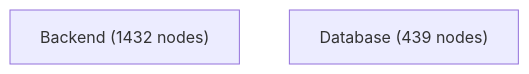
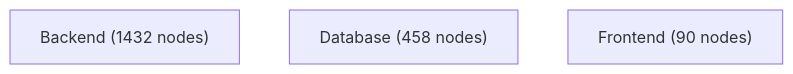
Before and after one commit to jankneumann/agentic-coding-tools: the diagram in docs/architecture-analysis/views/containers.mmd, drawn with Mermaid. The commit also changed 14 other files, not shown here.

First line of the commit message:
chore(architecture): regenerate artifacts at 5422c97e

```diff
--- a/docs/architecture-analysis/views/containers.mmd
+++ b/docs/architecture-analysis/views/containers.mmd
@@ -1,3 +1,4 @@
 flowchart TB
     Backend["Backend (1432 nodes)"]
-    Database["Database (439 nodes)"]
+    Database["Database (458 nodes)"]
+    Frontend["Frontend (90 nodes)"]
```
